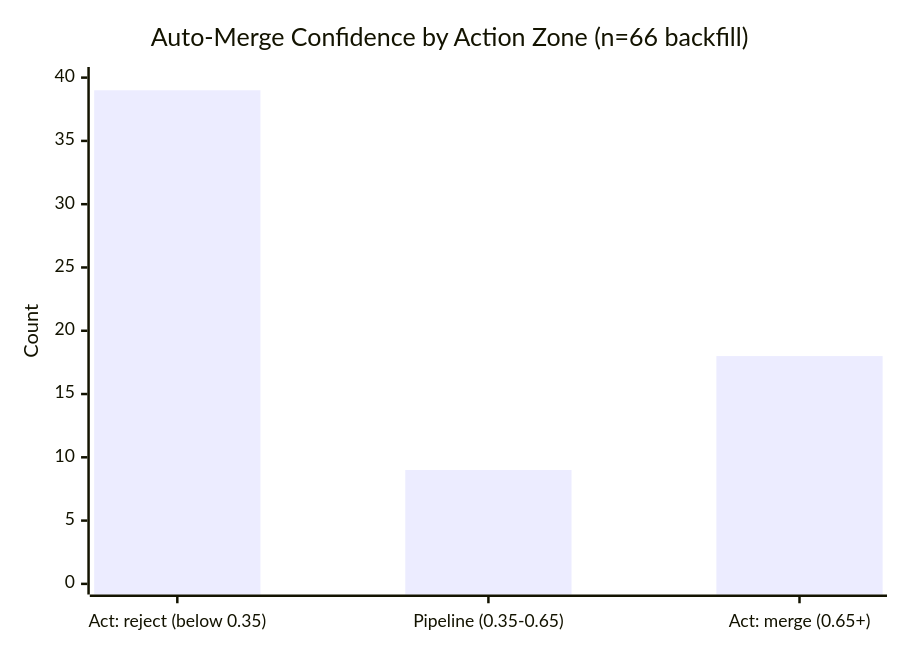
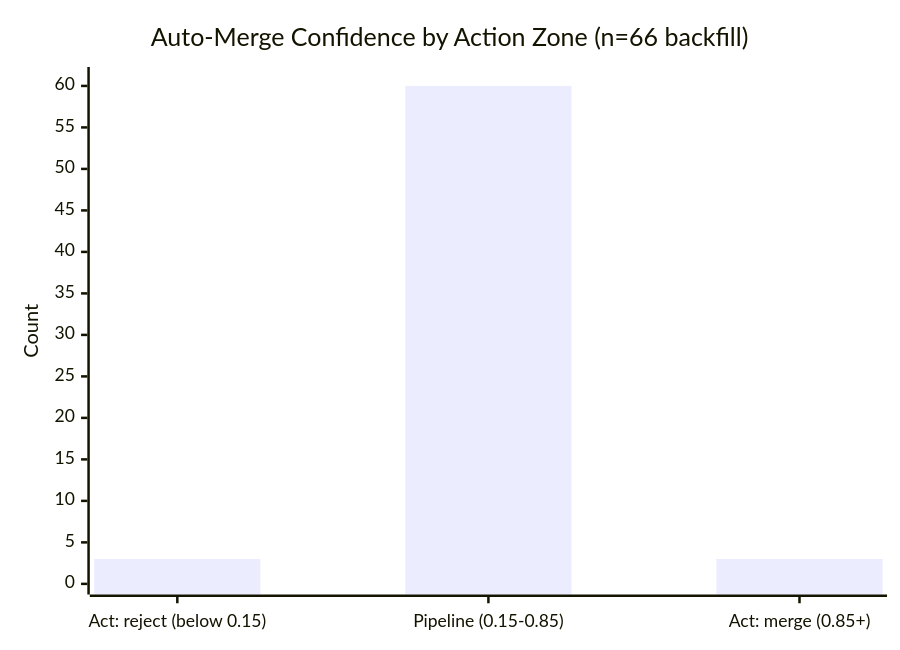
The fifth of 6 diagrams in JEV.md (Sanctum-Origo-Systems/autoloop), drawn with Mermaid before and after one commit. The commit also changed other lines of this file, not shown here.

````diff
--- a/JEV.md
+++ b/JEV.md
@@ -81,7 +130,7 @@
 ```mermaid
 xychart-beta
     title "Auto-Merge Confidence by Action Zone (n=66 backfill)"
-    x-axis ["Act: reject (below 0.35)", "Pipeline (0.35-0.65)", "Act: merge (0.65+)"]
-    y-axis "Count" 0 --> 40
-    bar [39, 9, 18]
+    x-axis ["Act: reject (below 0.15)", "Pipeline (0.15-0.85)", "Act: merge (0.85+)"]
+    y-axis "Count" 0 --> 61
+    bar [3, 60, 3]
 ```
````
